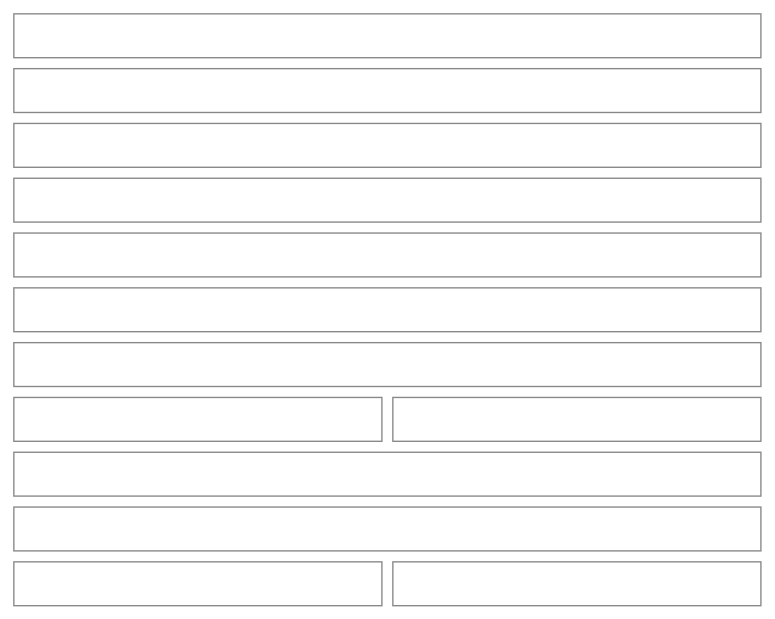
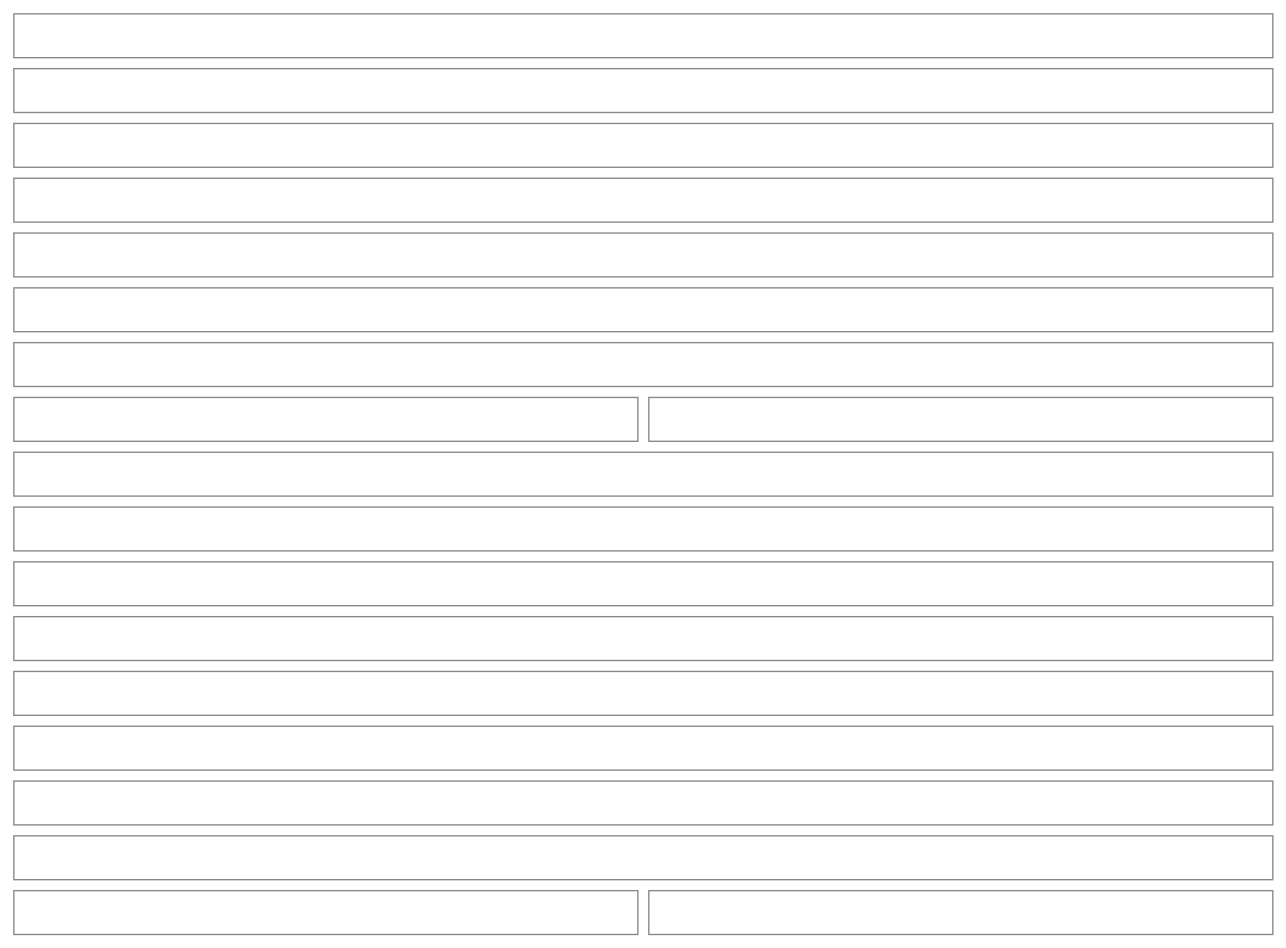
Before and after one commit to NovaMoonX/moondreams-dev-apps: diagram 20 of 48 in src/apps/pinch/UX.md, drawn with Mermaid. The commit also changed other lines of this file and 40 other files, not shown here.

````diff
--- a/src/apps/pinch/UX.md
+++ b/src/apps/pinch/UX.md
@@ -643,31 +653,43 @@
 ```mermaid
 %%{init: {'theme': 'base', 'themeVariables': {'primaryColor': 'transparent', 'primaryBorderColor': '#888888', 'primaryTextColor': '#333333', 'lineColor': '#888888'}}}%%
 block-beta
   columns 2
   T1["Adobo chicken"]:2
-  T2["🍽️ 4 servings · 🔪 Prep 10 min · ⏲️ Cook 35 min · 📖 From Serious Eats"]:2
+  T2["🍽️ 4 servings · 🔪 Prep 10 min · ⏲️ Cook 35 min · 📖 From Serious Eats · ✏️ Last tweaked Oct 6 (only once a tweak exists)"]:2
   T3["🍳 Cooked 3 times · last Oct 12 (only once it has been cooked)"]:2
   T4["Cost $12.80 ⚠ · $3.20 per serving"]:2
   T5["🔥 495 · 💪 61g · 🌾 3g · 🥑 25g (when on)"]:2
   T6["2 ingredients need a price · Add prices   ✕"]:2
   T7["INGREDIENTS 6"]:2
   T8["Chicken thighs"]:1
   T9["2 lb"]:1
   T10["STEPS"]:2
   T11["1. Marinate the chicken…"]:2
+  N1["NOTES 3"]:2
+  N2["Add a note · Something to remember next time"]:2
+  N3["Oct 11 · Edit · After cooking on Oct 11 · Much better with less vinegar… (More)"]:2
+  N4["Oct 6 · Tweak · Edit · You changed: White vinegar 0.5 → 0.25 cup · the why"]:2
+  N5["Sep 30 · Edit · Mom says a splash of… · Written before your Oct 6 tweak"]:2
+  N6["Show 7 more (past five entries, when more than three would hide)"]:2
   T12["Modify"]:1
   T13["Add to calendar"]:1
   style T1 fill:transparent,stroke:#888888,stroke-width:1px;
   style T2 fill:transparent,stroke:#888888,stroke-width:1px;
   style T3 fill:transparent,stroke:#888888,stroke-width:1px;
   style T4 fill:transparent,stroke:#888888,stroke-width:1px;
   style T5 fill:transparent,stroke:#888888,stroke-width:1px;
   style T6 fill:transparent,stroke:#888888,stroke-width:1px;
   style T7 fill:transparent,stroke:#888888,stroke-width:1px;
   style T8 fill:transparent,stroke:#888888,stroke-width:1px;
   style T9 fill:transparent,stroke:#888888,stroke-width:1px;
   style T10 fill:transparent,stroke:#888888,stroke-width:1px;
   style T11 fill:transparent,stroke:#888888,stroke-width:1px;
   style T12 fill:transparent,stroke:#888888,stroke-width:1px;
   style T13 fill:transparent,stroke:#888888,stroke-width:1px;
+  style N1 fill:transparent,stroke:#888888,stroke-width:1px;
+  style N2 fill:transparent,stroke:#888888,stroke-width:1px;
+  style N3 fill:transparent,stroke:#888888,stroke-width:1px;
+  style N4 fill:transparent,stroke:#888888,stroke-width:1px;
+  style N5 fill:transparent,stroke:#888888,stroke-width:1px;
+  style N6 fill:transparent,stroke:#888888,stroke-width:1px;
 ```
````
